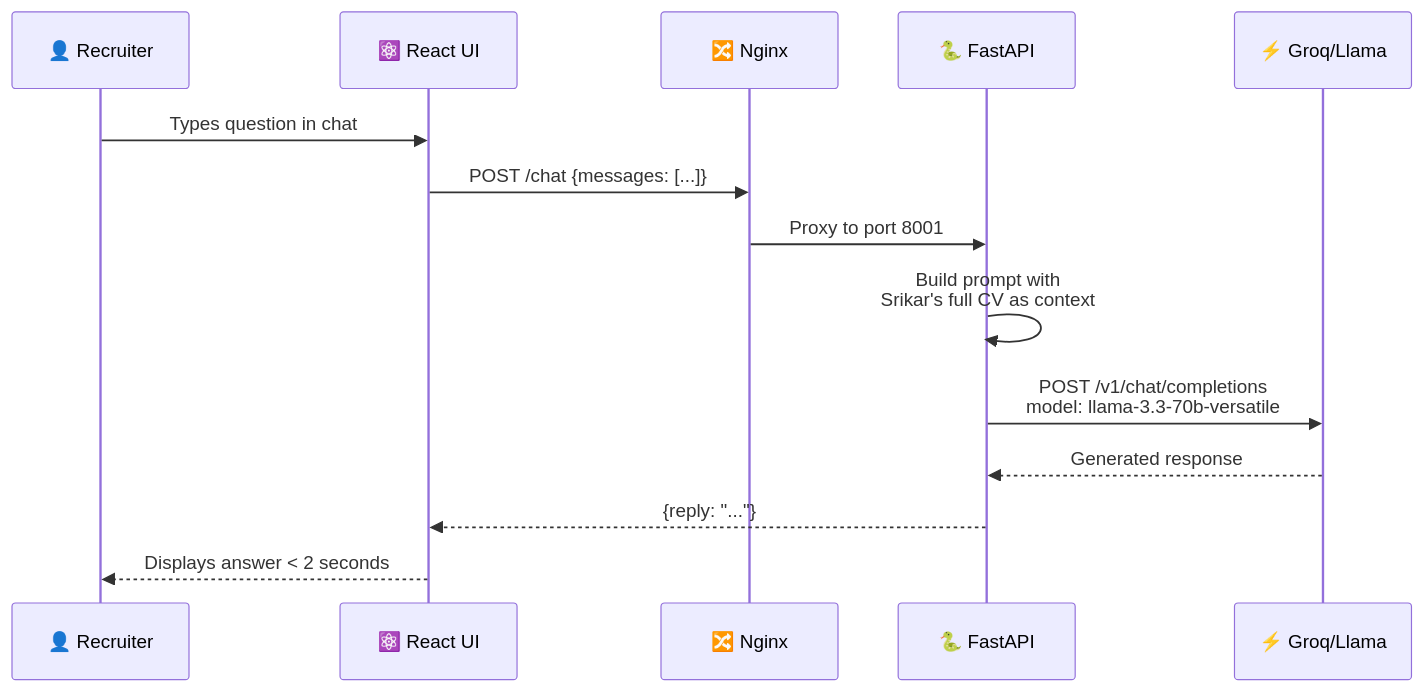
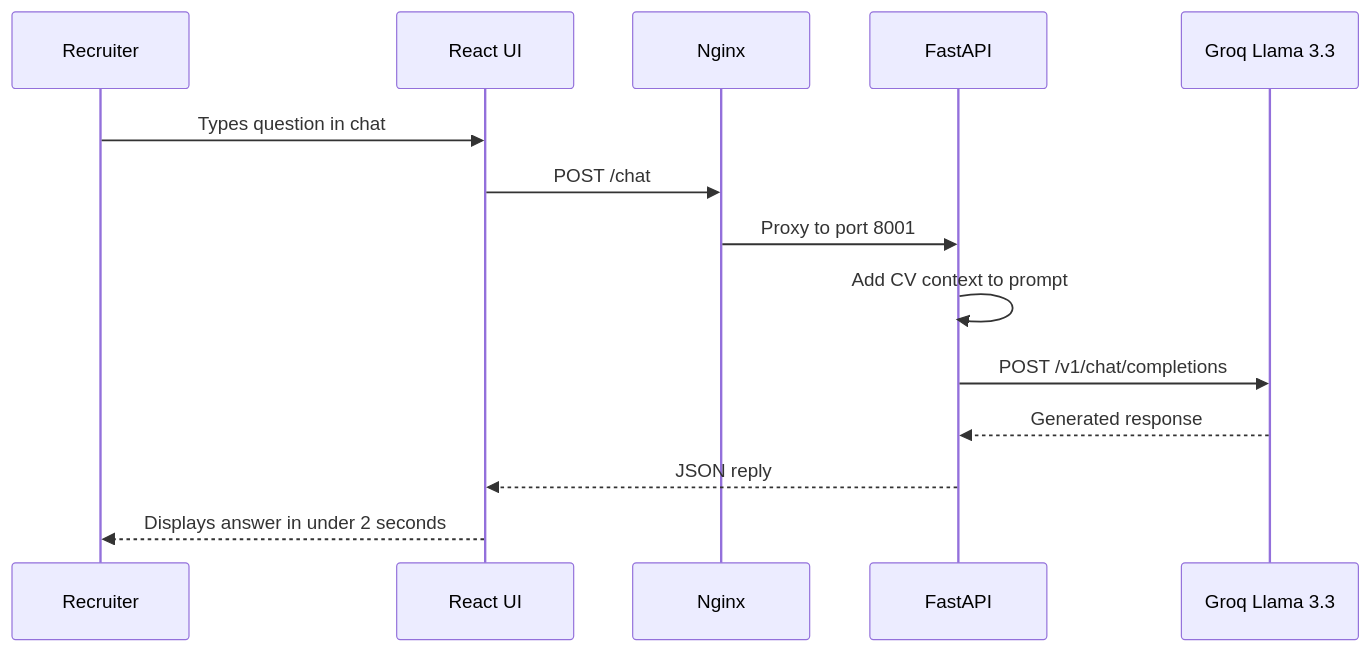
One commit to Namidok/SrikarKodi-Portfolio changed the second of 3 diagrams in README.md. Above: the diagram before and after it, drawn with Mermaid. The commit also changed other lines of this file, not shown here.

````diff
--- a/README.md
+++ b/README.md
@@ -65,17 +42,17 @@
 ```mermaid
 sequenceDiagram
-    participant R as 👤 Recruiter
-    participant UI as ⚛️ React UI
-    participant N as 🔀 Nginx
-    participant API as 🐍 FastAPI
-    participant G as ⚡ Groq/Llama
+    participant R as Recruiter
+    participant UI as React UI
+    participant N as Nginx
+    participant API as FastAPI
+    participant G as Groq Llama 3.3
 
     R->>UI: Types question in chat
-    UI->>N: POST /chat {messages: [...]}
+    UI->>N: POST /chat
     N->>API: Proxy to port 8001
-    API->>API: Build prompt with<br/>Srikar's full CV as context
-    API->>G: POST /v1/chat/completions<br/>model: llama-3.3-70b-versatile
+    API->>API: Add CV context to prompt
+    API->>G: POST /v1/chat/completions
     G-->>API: Generated response
-    API-->>UI: {reply: "..."}
-    UI-->>R: Displays answer < 2 seconds
+    API-->>UI: JSON reply
+    UI-->>R: Displays answer in under 2 seconds
 ```
````
